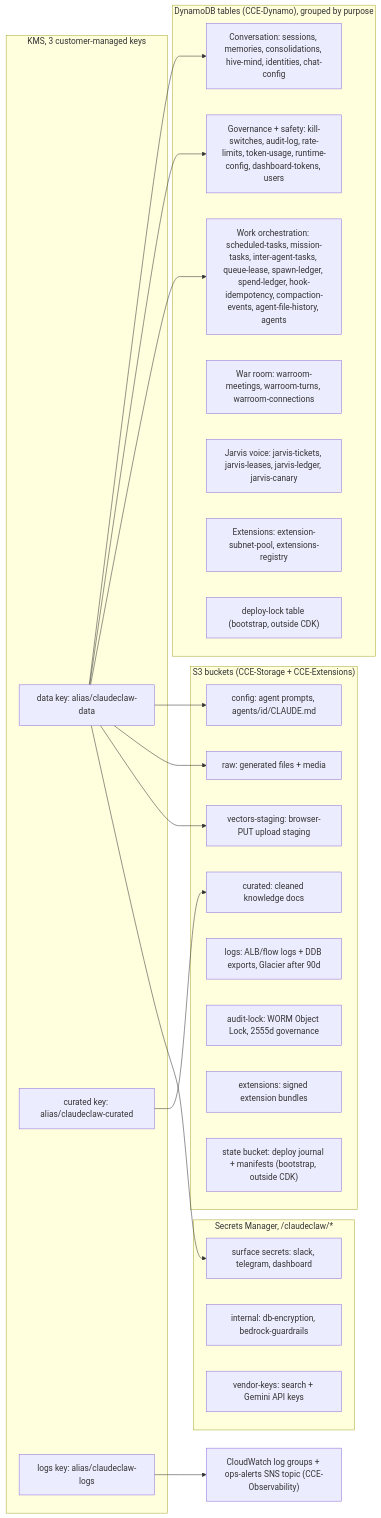
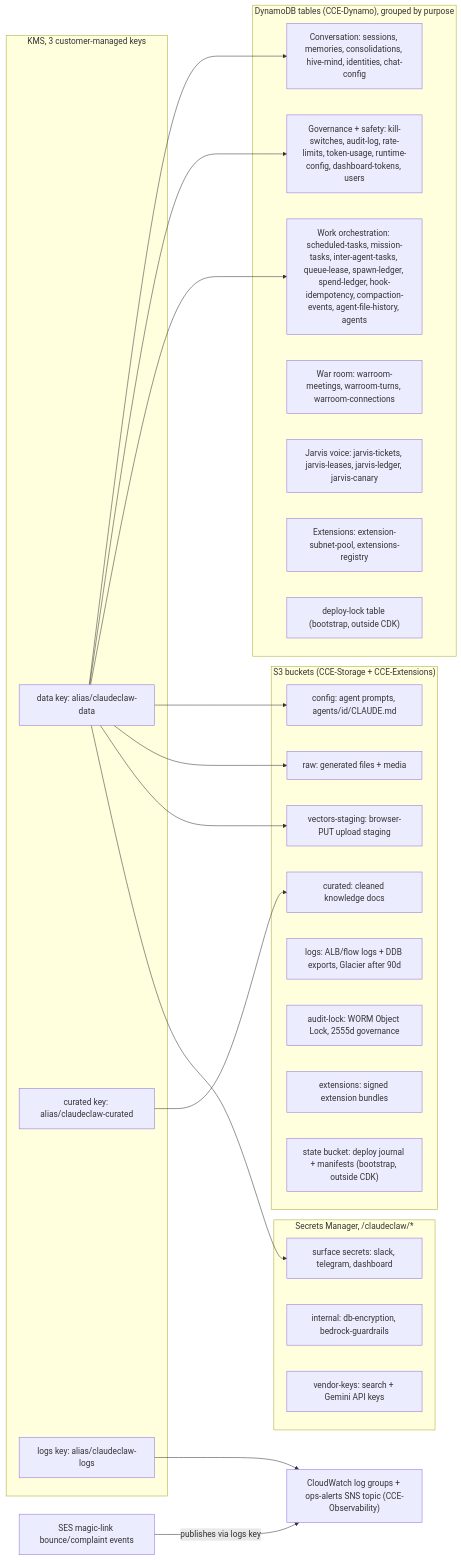
Before and after one commit to Adams-Captial-Holdings-Ltd/Netzer-Labs: the diagram in docs/diagrams/architecture-data.md, drawn with Mermaid. The commit also changed other lines of this file and 1 other file, not shown here.

Commit message:
docs(diagrams): record the SES grant on the logs CMK
The drift gate correctly flagged both diagrams as rotted by the
storage-stack.ts change.

architecture-data: the ops-alerts topic is encrypted with the logs key, so
every publisher needs a grant in the KEY policy, not just the topic policy.
AllowSNS covers the SNS principal only; AllowSES is what lets the
magic-link configuration set deliver bounce and complaint events.

teardown-decision-tree: the SES configuration set and its event destination
are created out of band and are absent from the out-of-band catalog, so
teardown neither inventories nor deletes them, and scheduling the logs key
for deletion breaks event delivery before the config set is gone.

````diff
--- a/docs/diagrams/architecture-data.md
+++ b/docs/diagrams/architecture-data.md
@@ -5,47 +5,49 @@
 ```mermaid
 flowchart LR
   subgraph s3["S3 buckets (CCE-Storage + CCE-Extensions)"]
     CONFIGB["config: agent prompts, agents/id/CLAUDE.md"]
     RAWB["raw: generated files + media"]
     CURATEDB["curated: cleaned knowledge docs"]
     VECSTAGE["vectors-staging: browser-PUT upload staging"]
     LOGSB["logs: ALB/flow logs + DDB exports, Glacier after 90d"]
     AUDITB["audit-lock: WORM Object Lock, 2555d governance"]
     EXTB["extensions: signed extension bundles"]
     STATEB["state bucket: deploy journal + manifests (bootstrap, outside CDK)"]
   end
 
   subgraph ddb["DynamoDB tables (CCE-Dynamo), grouped by purpose"]
     CONVO["Conversation: sessions, memories, consolidations, hive-mind, identities, chat-config"]
     GOV["Governance + safety: kill-switches, audit-log, rate-limits, token-usage, runtime-config, dashboard-tokens, users"]
     WORK["Work orchestration: scheduled-tasks, mission-tasks, inter-agent-tasks, queue-lease, spawn-ledger, spend-ledger, hook-idempotency, compaction-events, agent-file-history, agents"]
     WARROOM["War room: warroom-meetings, warroom-turns, warroom-connections"]
     JARVIS["Jarvis voice: jarvis-tickets, jarvis-leases, jarvis-ledger, jarvis-canary"]
     EXTT["Extensions: extension-subnet-pool, extensions-registry"]
     LOCKT["deploy-lock table (bootstrap, outside CDK)"]
   end
 
   subgraph kms["KMS, 3 customer-managed keys"]
     DATAKEY["data key: alias/claudeclaw-data"]
     CURATEDKEY["curated key: alias/claudeclaw-curated"]
     LOGSKEY["logs key: alias/claudeclaw-logs"]
   end
 
   CWLOGS["CloudWatch log groups + ops-alerts SNS topic (CCE-Observability)"]
+  SESEV["SES magic-link bounce/complaint events"]
 
   subgraph sm["Secrets Manager, /claudeclaw/*"]
     SURFSEC["surface secrets: slack, telegram, dashboard"]
     INTSEC["internal: db-encryption, bedrock-guardrails"]
     VENDSEC["vendor-keys: search + Gemini API keys"]
   end
 
   DATAKEY --> CONVO
   DATAKEY --> GOV
   DATAKEY --> WORK
   DATAKEY --> CONFIGB
   DATAKEY --> RAWB
   DATAKEY --> VECSTAGE
   DATAKEY --> SURFSEC
   CURATEDKEY --> CURATEDB
   LOGSKEY --> CWLOGS
+  SESEV -->|publishes via logs key| CWLOGS
 ```
````
